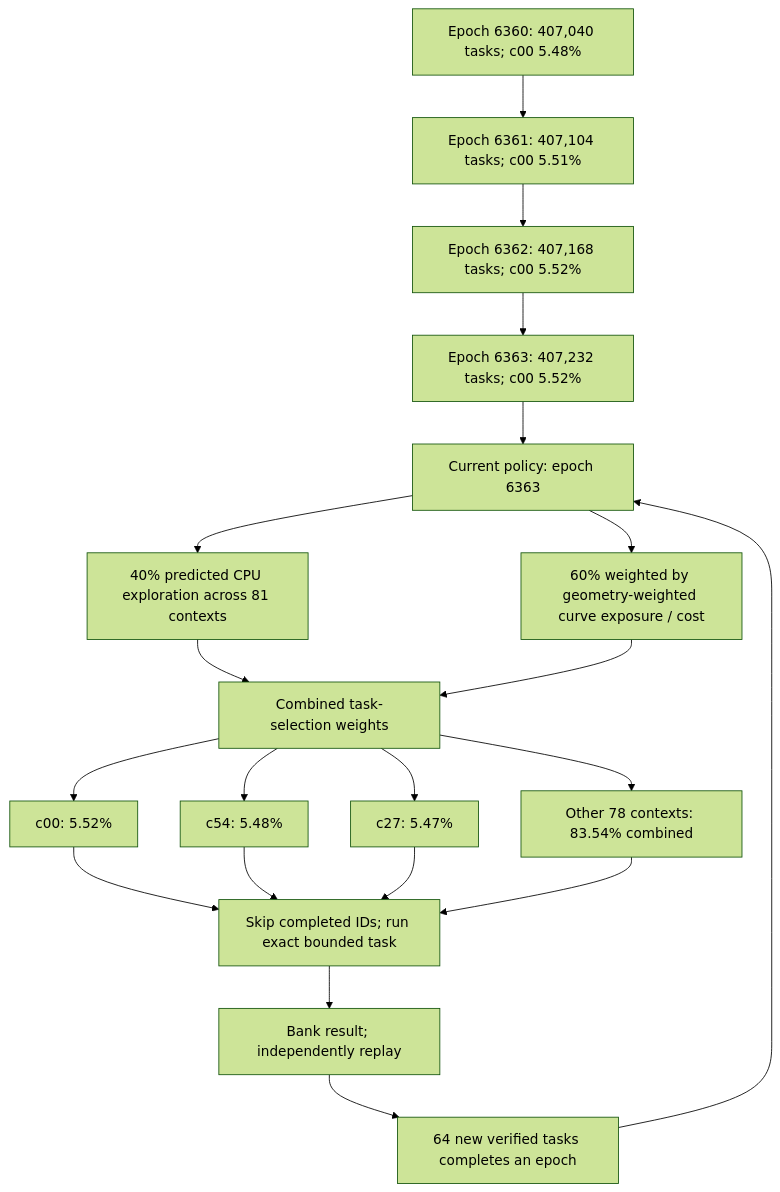
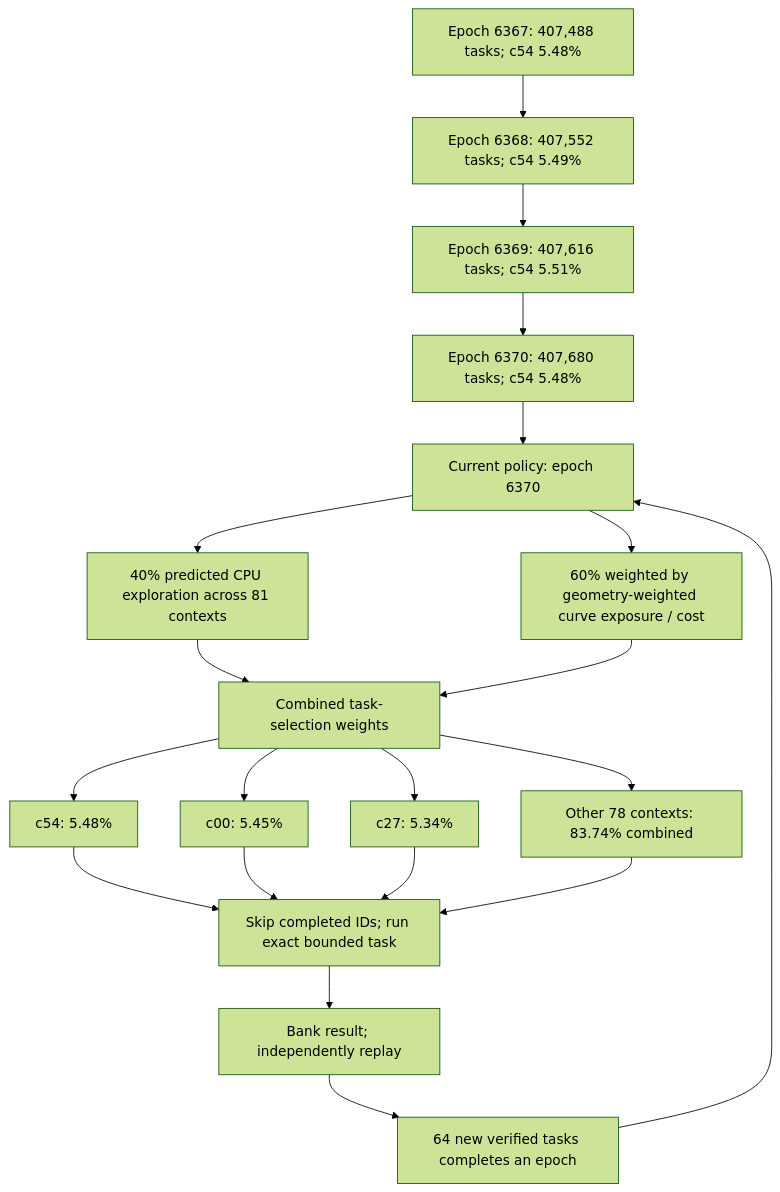
Before and after one commit to Kuberwastaken/math-gambling: the first of 4 diagrams in README.md, drawn with Mermaid (forest theme). The commit also changed other lines of this file and 1479 other files, not shown here.

````diff
--- a/README.md
+++ b/README.md
@@ -60,27 +60,27 @@
 ```mermaid
 flowchart TD
-    H0["Epoch 6360: 407,040 tasks; c00 5.48%"]
-    H1["Epoch 6361: 407,104 tasks; c00 5.51%"]
+    H0["Epoch 6367: 407,488 tasks; c54 5.48%"]
+    H1["Epoch 6368: 407,552 tasks; c54 5.49%"]
     H0 --> H1
-    H2["Epoch 6362: 407,168 tasks; c00 5.52%"]
+    H2["Epoch 6369: 407,616 tasks; c54 5.51%"]
     H1 --> H2
-    H3["Epoch 6363: 407,232 tasks; c00 5.52%"]
+    H3["Epoch 6370: 407,680 tasks; c54 5.48%"]
     H2 --> H3
-    Policy["Current policy: epoch 6363"]
+    Policy["Current policy: epoch 6370"]
     H3 --> Policy
     Policy --> Explore["40% predicted CPU exploration across 81 contexts"]
     Policy --> Cost["60% weighted by geometry-weighted curve exposure / cost"]
     Explore --> Mix["Combined task-selection weights"]
     Cost --> Mix
-    Mix --> C0["c00: 5.52%"]
-    Mix --> C1["c54: 5.48%"]
-    Mix --> C2["c27: 5.47%"]
-    Mix --> Rest["Other 78 contexts: 83.54% combined"]
+    Mix --> C0["c54: 5.48%"]
+    Mix --> C1["c00: 5.45%"]
+    Mix --> C2["c27: 5.34%"]
+    Mix --> Rest["Other 78 contexts: 83.74% combined"]
     C0 --> Check["Skip completed IDs; run exact bounded task"]
     C1 --> Check
     C2 --> Check
     Rest --> Check
     Check --> Replay["Bank result; independently replay"]
     Replay --> Gate["64 new verified tasks completes an epoch"]
     Gate --> Policy
 ```
````
